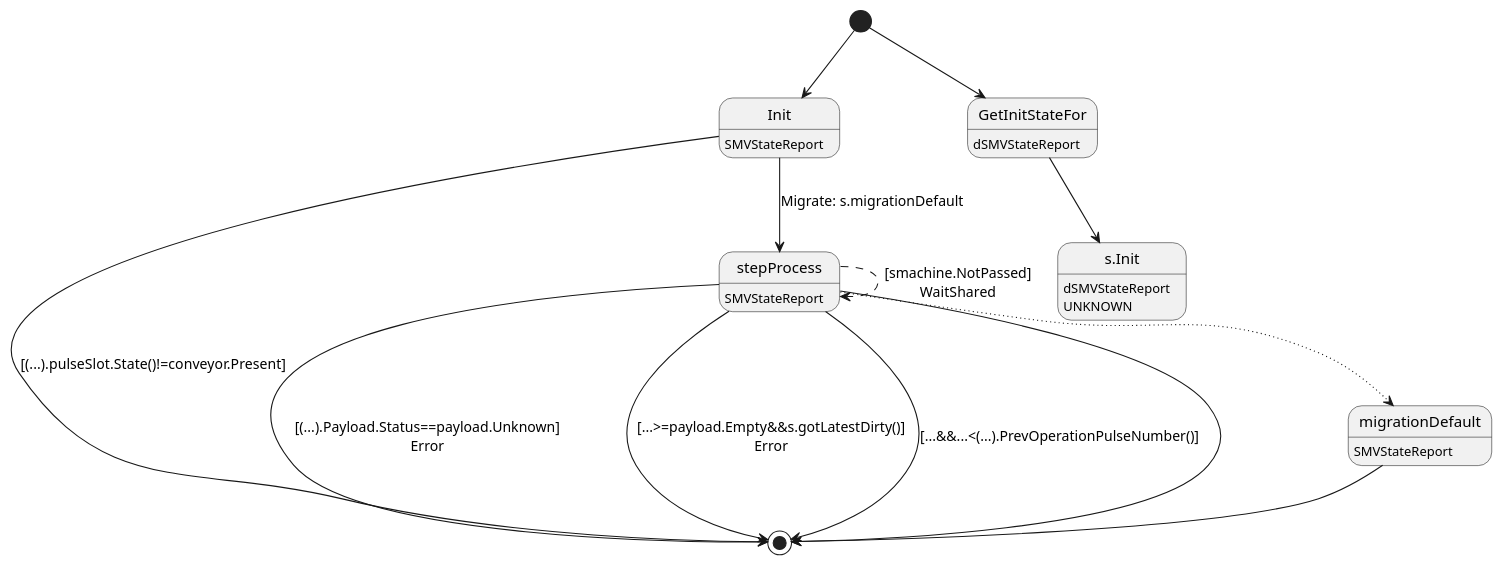
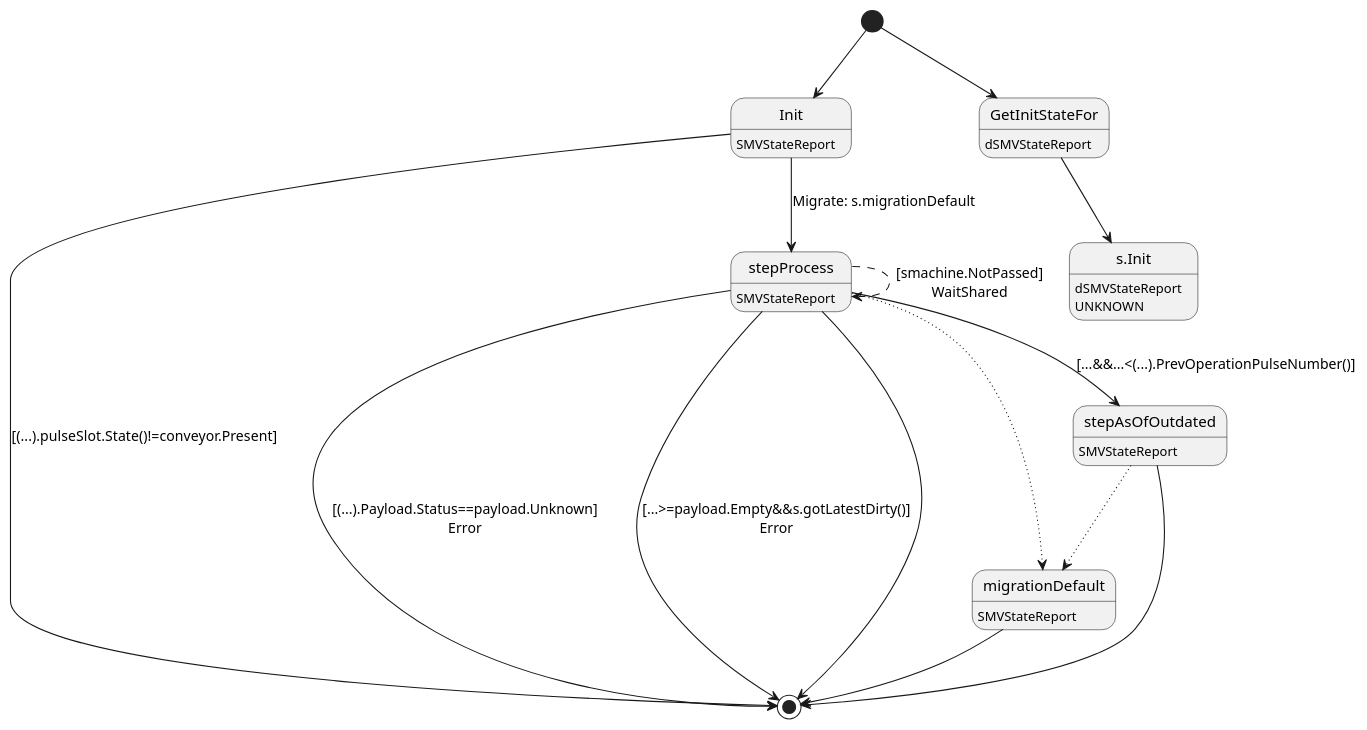
One commit to insolar/assured-ledger changed the diagram in ledger-core/virtual/handlers/vstatereport.plantuml. Above: the diagram before and after it, drawn with PlantUML. The commit also changed 2 other files, not shown here.

```diff
--- a/ledger-core/virtual/handlers/vstatereport.plantuml
+++ b/ledger-core/virtual/handlers/vstatereport.plantuml
@@ -1,25 +1,29 @@
 @startuml
 state "Init" as T01_S001
 T01_S001 : SMVStateReport
 [*] --> T01_S001
 T01_S001 --> [*] : [(...).pulseSlot.State()!=conveyor.Present]
 T01_S001 --> T01_S003 : Migrate: s.migrationDefault
 state "migrationDefault" as T01_S002
 T01_S002 : SMVStateReport
 T01_S002 --> [*]
+state "stepAsOfOutdated" as T01_S004
+T01_S004 : SMVStateReport
+T01_S004 --[dotted]> T01_S002
+T01_S004 --> [*]
 state "stepProcess" as T01_S003
 T01_S003 : SMVStateReport
 T01_S003 --[dotted]> T01_S002
 T01_S003 --> [*] : [(...).Payload.Status==payload.Unknown]\nError
 T01_S003 --> [*] : [...>=payload.Empty&&s.gotLatestDirty()]\nError
-T01_S003 --> [*] : [...&&...<(...).PrevOperationPulseNumber()]
+T01_S003 --> T01_S004 : [...&&...<(...).PrevOperationPulseNumber()]
 T01_S003 --[dashed]> T01_S003 : [smachine.NotPassed]\nWaitShared
 T01_S003 --> [*]
 state "GetInitStateFor" as T00_S001
 T00_S001 : dSMVStateReport
 [*] --> T00_S001
 state "s.Init" as T00_U001
 T00_U001 : dSMVStateReport
 T00_U001 : UNKNOWN 
 T00_S001 --> T00_U001
 @enduml
```
